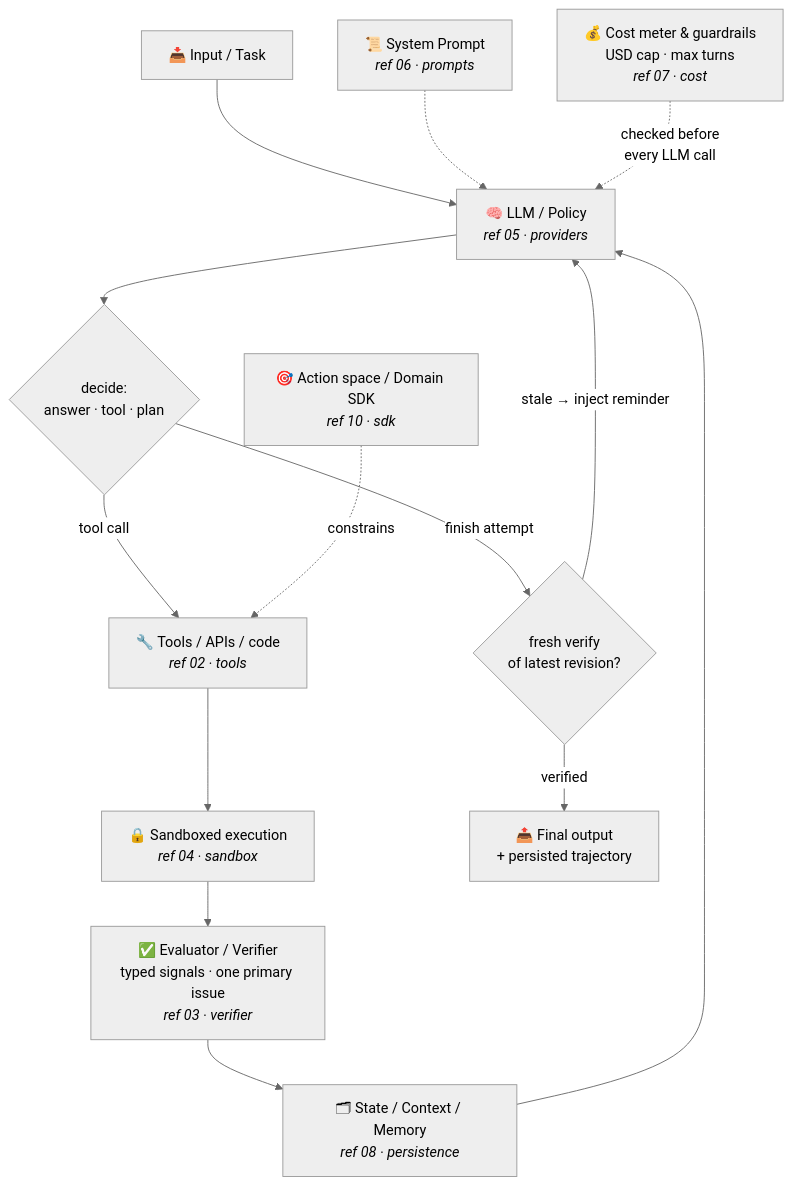
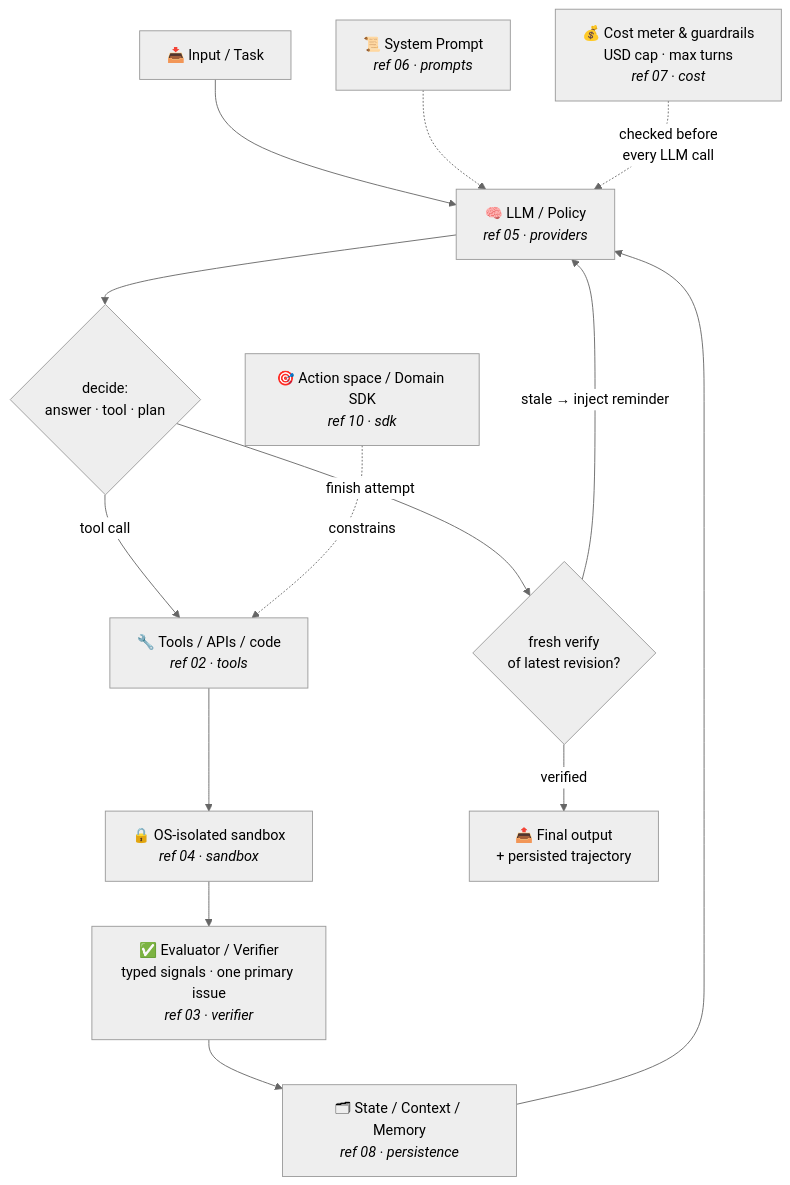
One commit to alfredzhang98/agent-creator-skill changed the first of 2 diagrams in README.md. Above: the diagram before and after it, drawn with Mermaid (neutral theme). The commit also changed other lines of this file and 8 other files, not shown here.

````diff
--- a/README.md
+++ b/README.md
@@ -57,16 +57,16 @@
 ```mermaid
 flowchart TB
     IN["📥 Input / Task"] --> LLM["🧠 LLM / Policy<br/><i>ref 05 · providers</i>"]
     SP["📜 System Prompt<br/><i>ref 06 · prompts</i>"] -.-> LLM
     LLM --> DEC{"decide:<br/>answer · tool · plan"}
     DEC -->|tool call| TOOLS["🔧 Tools / APIs / code<br/><i>ref 02 · tools</i>"]
-    TOOLS --> SBX["🔒 Sandboxed execution<br/><i>ref 04 · sandbox</i>"]
+    TOOLS --> SBX["🔒 OS-isolated sandbox<br/><i>ref 04 · sandbox</i>"]
     SBX --> VER["✅ Evaluator / Verifier<br/>typed signals · one primary issue<br/><i>ref 03 · verifier</i>"]
     VER --> ST["🗂 State / Context / Memory<br/><i>ref 08 · persistence</i>"]
     ST --> LLM
     DEC -->|"finish attempt"| GATE{"fresh verify<br/>of latest revision?"}
     GATE -->|"stale → inject reminder"| LLM
     GATE -->|verified| OUT["📤 Final output<br/>+ persisted trajectory"]
     COST["💰 Cost meter & guardrails<br/>USD cap · max turns<br/><i>ref 07 · cost</i>"] -.->|"checked before<br/>every LLM call"| LLM
     SDK["🎯 Action space / Domain SDK<br/><i>ref 10 · sdk</i>"] -.->|"constrains"| TOOLS
 ```
````
